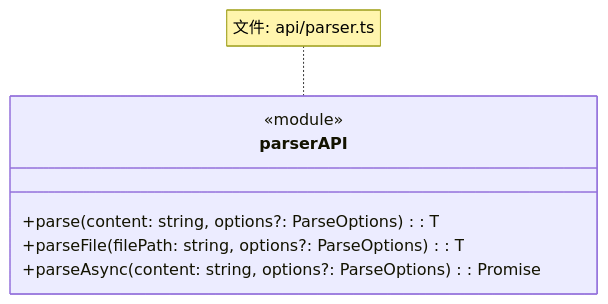
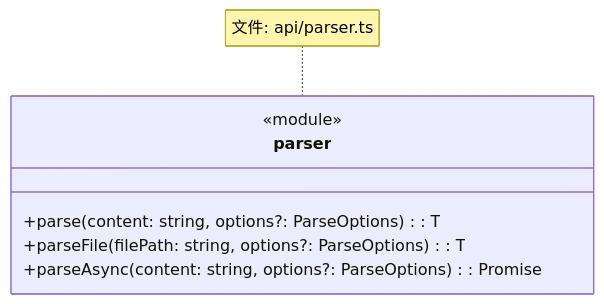
Before and after one commit to Deepractice/DPML: the fifth of 9 diagrams in packages/core/docs/product/Parsing-Design.md, drawn with Mermaid. The commit also changed other lines of this file and 10 other files, not shown here.

Commit message:
更新DPML解析模块文档，增加数据类型设计部分，明确对外暴露和内部实现类型的定义，优化UML类图，确保文档结构清晰，符合架构设计原则。

````diff
--- a/packages/core/docs/product/Parsing-Design.md
+++ b/packages/core/docs/product/Parsing-Design.md
@@ -248,10 +255,10 @@
 ```mermaid
 classDiagram
-    class parserAPI {
+    class parser {
         <<module>>
         +parse<T extends DPMLDocument = DPMLDocument>(content: string, options?: ParseOptions): T
         +parseFile<T extends DPMLDocument = DPMLDocument>(filePath: string, options?: ParseOptions): T
         +parseAsync<T extends DPMLDocument = DPMLDocument>(content: string, options?: ParseOptions): Promise<T>
     }
-    note for parserAPI "文件: api/parser.ts"
+    note for parser "文件: api/parser.ts"
 ```
````
